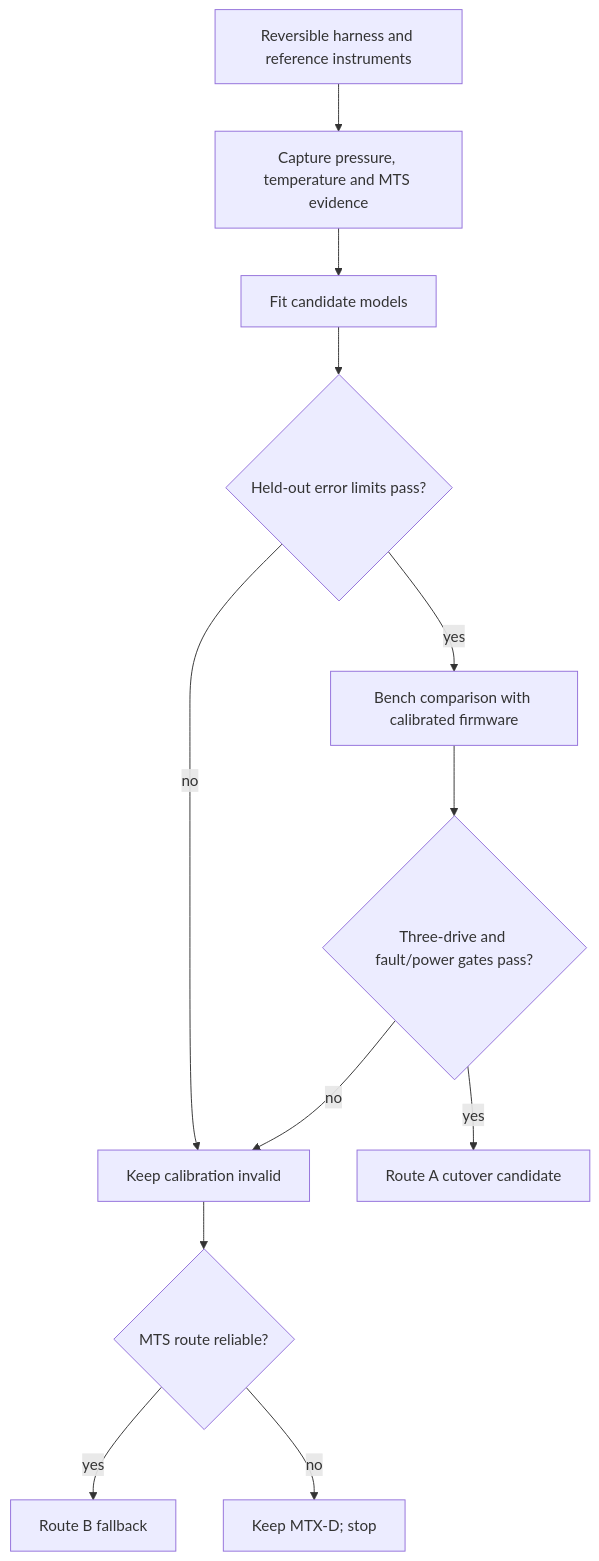
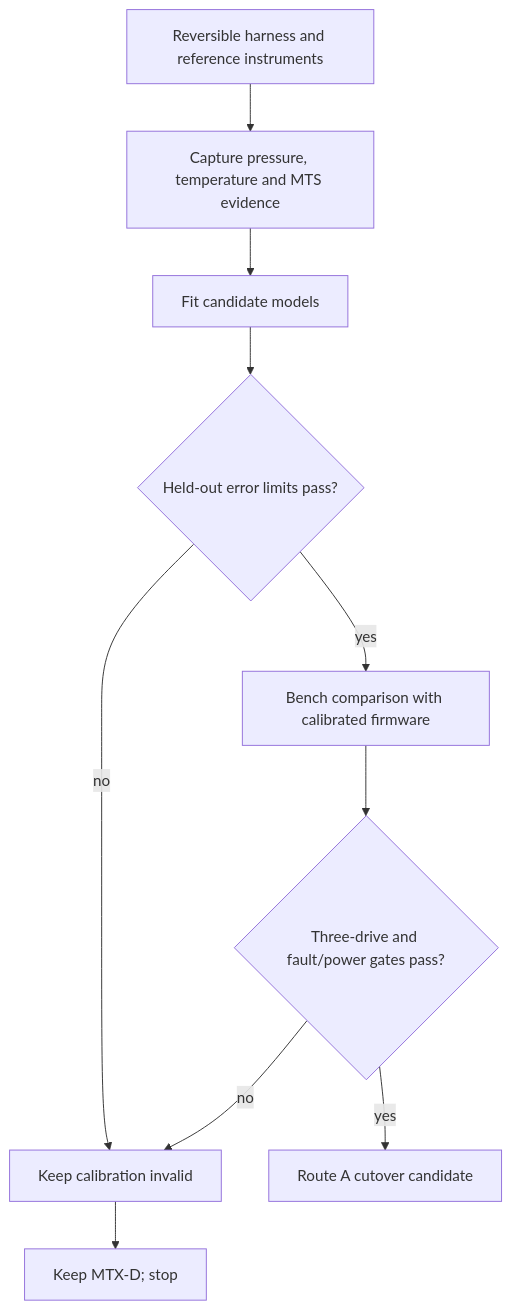
One commit to kytos22/esp32-s3-civic-oil-gauge changed the diagram in docs/flows/calibration-and-cutover.md. Above: the diagram before and after it, drawn with Mermaid. The commit also changed other lines of this file and 11 other files, not shown here.

````diff
--- a/docs/flows/calibration-and-cutover.md
+++ b/docs/flows/calibration-and-cutover.md
@@ -25,14 +24,12 @@
 ```mermaid
 flowchart TD
   A["Reversible harness and reference instruments"] --> B["Capture pressure, temperature and MTS evidence"]
   B --> C["Fit candidate models"]
   C --> D{"Held-out error limits pass?"}
   D -- no --> E["Keep calibration invalid"]
-  E --> F{"MTS route reliable?"}
-  F -- yes --> G["Route B fallback"]
-  F -- no --> H["Keep MTX-D; stop"]
+  E --> H["Keep MTX-D; stop"]
   D -- yes --> I["Bench comparison with calibrated firmware"]
   I --> J{"Three-drive and fault/power gates pass?"}
   J -- no --> E
   J -- yes --> K["Route A cutover candidate"]
 ```
````
